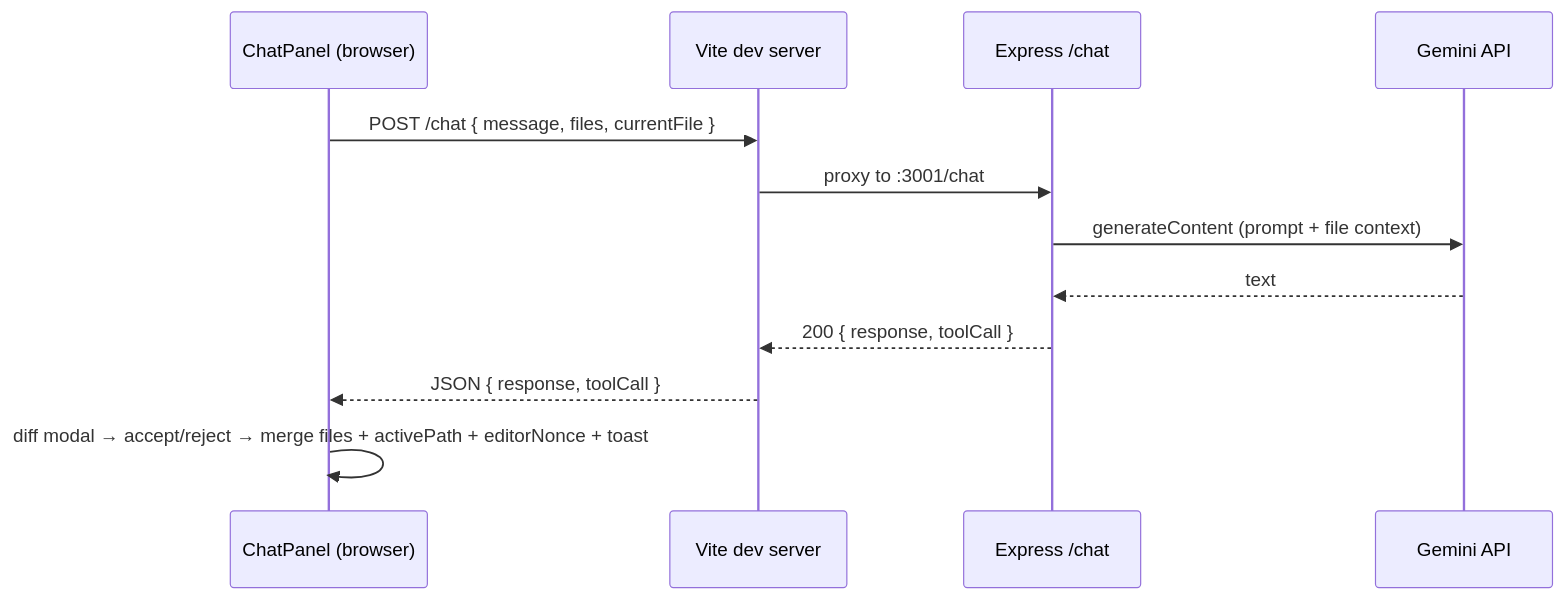
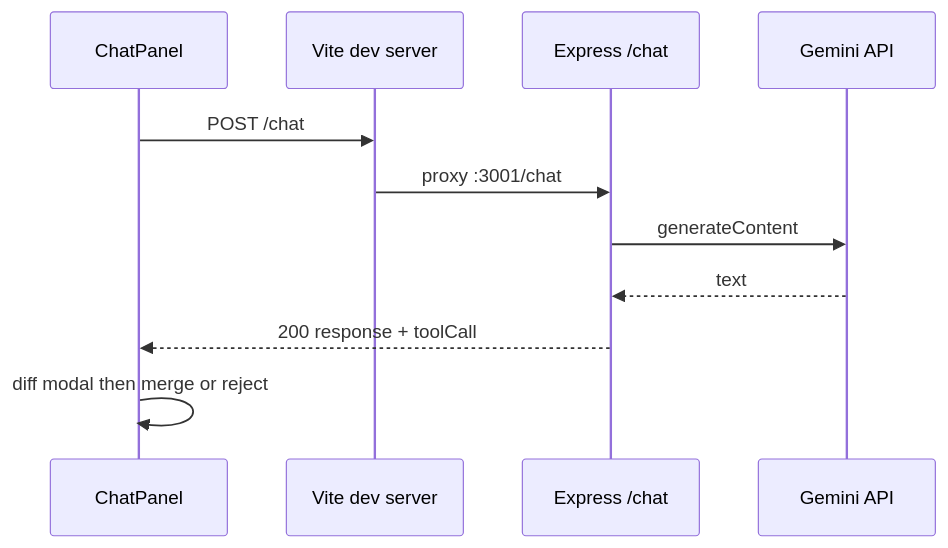
Before and after one commit to kugloff/coding-with-cursor: the diagram in README.md, drawn with Mermaid. The commit also changed other lines of this file and 1 other file, not shown here.

````diff
--- a/README.md
+++ b/README.md
@@ -132,15 +121,13 @@
 ```mermaid
 sequenceDiagram
-  participant UI as ChatPanel (browser)
+  participant UI as ChatPanel
   participant Vite as Vite dev server
   participant API as Express /chat
   participant Gemini as Gemini API
-
-  UI->>Vite: POST /chat { message, files, currentFile }
-  Vite->>API: proxy to :3001/chat
-  API->>Gemini: generateContent (prompt + file context)
+  UI->>Vite: POST /chat
+  Vite->>API: proxy :3001/chat
+  API->>Gemini: generateContent
   Gemini-->>API: text
-  API-->>Vite: 200 { response, toolCall }
-  Vite-->>UI: JSON { response, toolCall }
-  UI->>UI: diff modal → accept/reject → merge files + activePath + editorNonce + toast
+  API-->>UI: 200 response + toolCall
+  UI->>UI: diff modal then merge or reject
 ```
````
